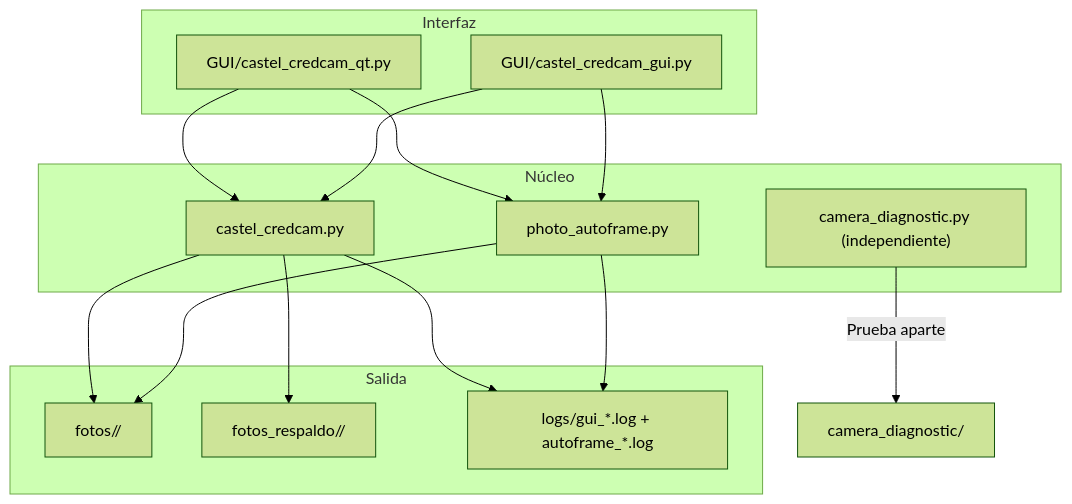
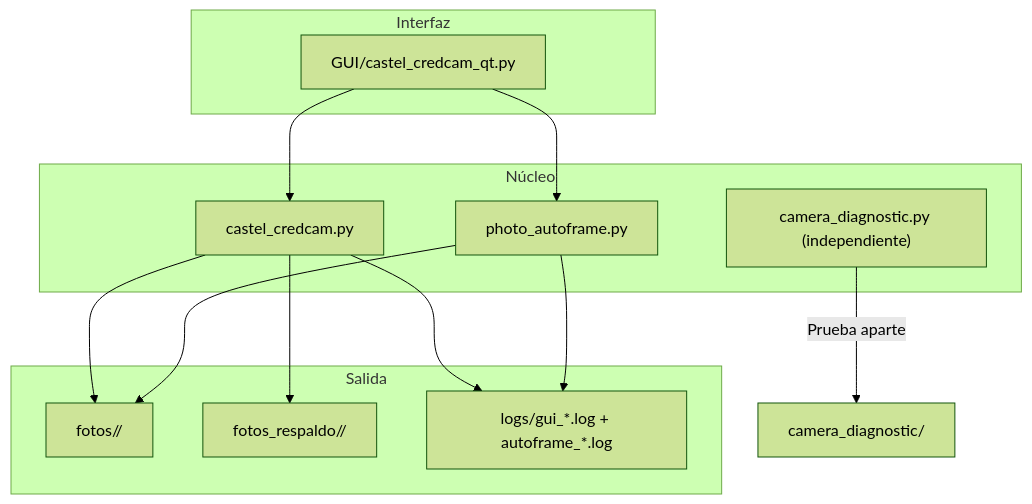
Before and after one commit to JackStar6677-1/castel-credcam: the second of 3 diagrams in README.md, drawn with Mermaid (forest theme). The commit also changed other lines of this file, not shown here.

First line of the commit message:
docs: actualiza README tras retirar la GUI Tk

````diff
--- a/README.md
+++ b/README.md
@@ -39,30 +39,27 @@
 ```mermaid
 flowchart TB
     subgraph UI["Interfaz"]
         QT["GUI/castel_credcam_qt.py"]
-        TK["GUI/castel_credcam_gui.py"]
     end
 
     subgraph Core["Núcleo"]
         CORE["castel_credcam.py"]
         AUTO["photo_autoframe.py"]
         DIAG["camera_diagnostic.py (independiente)"]
     end
 
     subgraph Data["Salida"]
         PHOTOS["fotos/<curso>/"]
         BACKUP["fotos_respaldo/<curso>/"]
         LOGS["logs/gui_*.log + autoframe_*.log"]
     end
 
     QT --> CORE
-    TK --> CORE
     QT --> AUTO
-    TK --> AUTO
     CORE --> PHOTOS
     CORE --> BACKUP
     CORE --> LOGS
     AUTO --> PHOTOS
     AUTO --> LOGS
     DIAG -->|"Prueba aparte"| CAM["camera_diagnostic/"]
 ```
````
